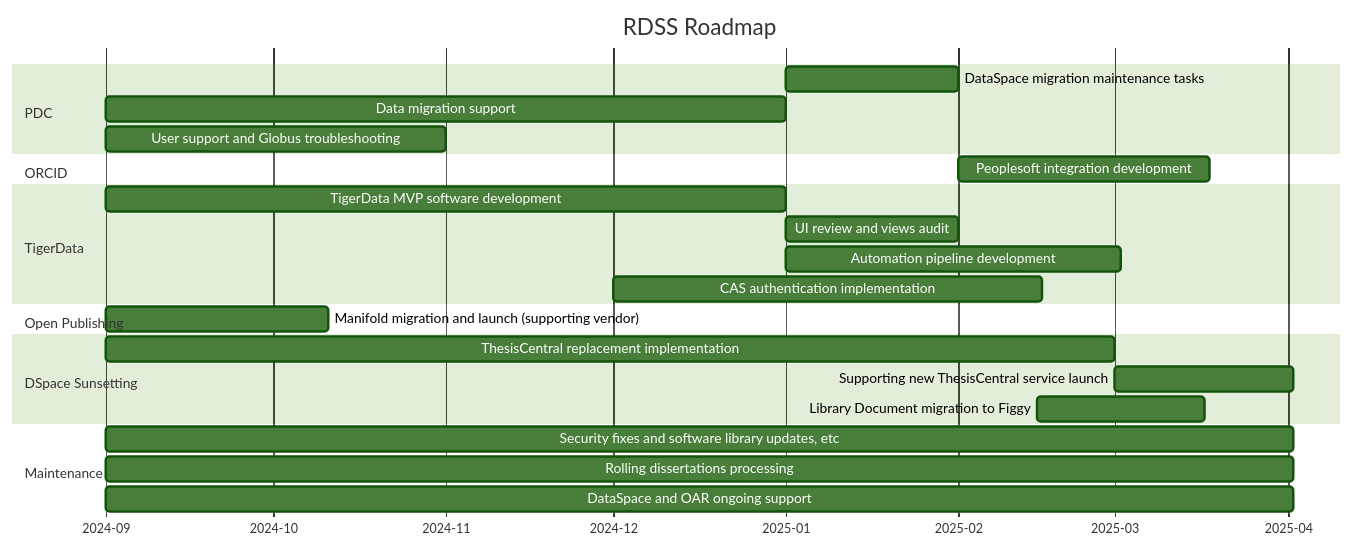
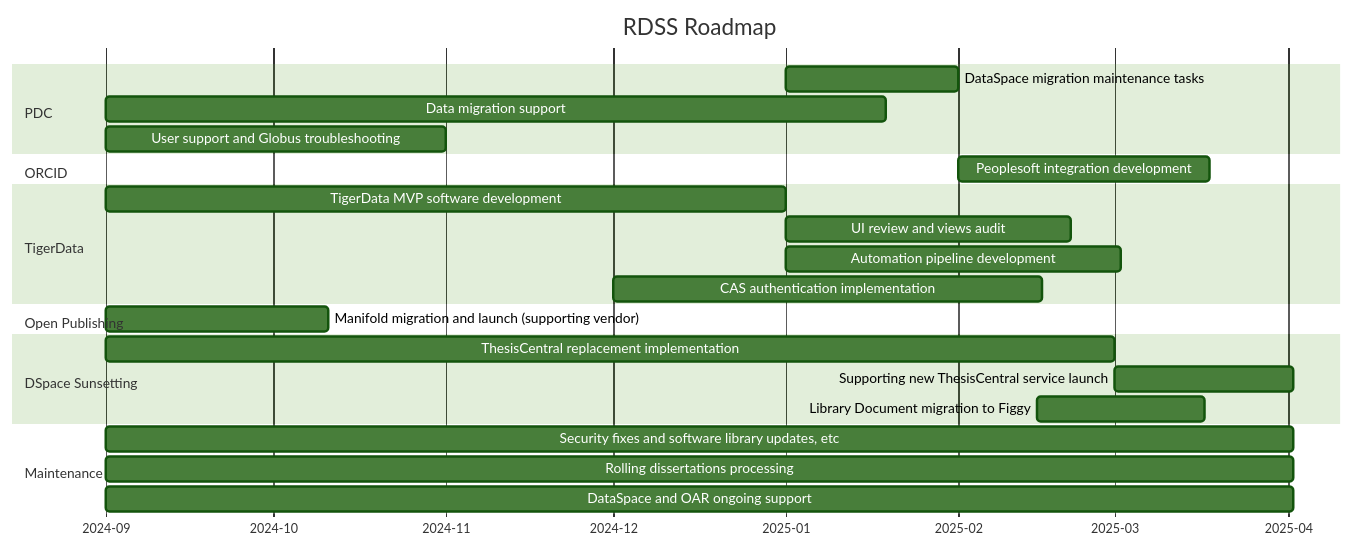
Before and after one commit to pulibrary/rdss-handbook: the diagram in roadmap.md, drawn with Mermaid (forest theme).

Commit message:
Update roadmap.md to show when tasks are being done

````diff
--- a/roadmap.md
+++ b/roadmap.md
@@ -5,27 +5,27 @@
 ```mermaid
 gantt
     title RDSS Roadmap
     axisFormat  %Y-%m
     dateformat YYYY-MM
     section PDC
     DataSpace migration maintenance tasks: pd1,2025-01-01,31d
-    Data migration support: pd2,2024-09-01,122d
+    Data migration support: pd2,2024-09-01,140d
     User support and Globus troubleshooting: pd3,2024-09-01,61d
     section ORCID
     Peoplesoft integration development: or1,2025-02-01,45d
     section TigerData
     TigerData MVP software development: td1,2024-09-01,122d
-    UI review and views audit: td2,2025-01-01, 31d
+    UI review and views audit: td2,2025-01-01, 51d
     Automation pipeline development: td3,2025-01-01,60d 
     CAS authentication implementation: td4,2024-12-01,77d
     section Open Publishing
     Manifold migration and launch (supporting vendor): op1,2024-09-01,40d
     section DSpace Sunsetting
     ThesisCentral replacement implementation: dsps1,2024-09-01,181d
     Supporting new ThesisCentral service launch: dsps2,2025-03-01,32d
     Library Document migration to Figgy: dsps3,2025-02-15,30d
     section Maintenance
     Security fixes and software library updates, etc: dsp1,2024-09-01,213d
     Rolling dissertations processing: dsp2,2024-09-01,213d
     DataSpace and OAR ongoing support: dsp3,2024-09-01,213d
 ```
````
